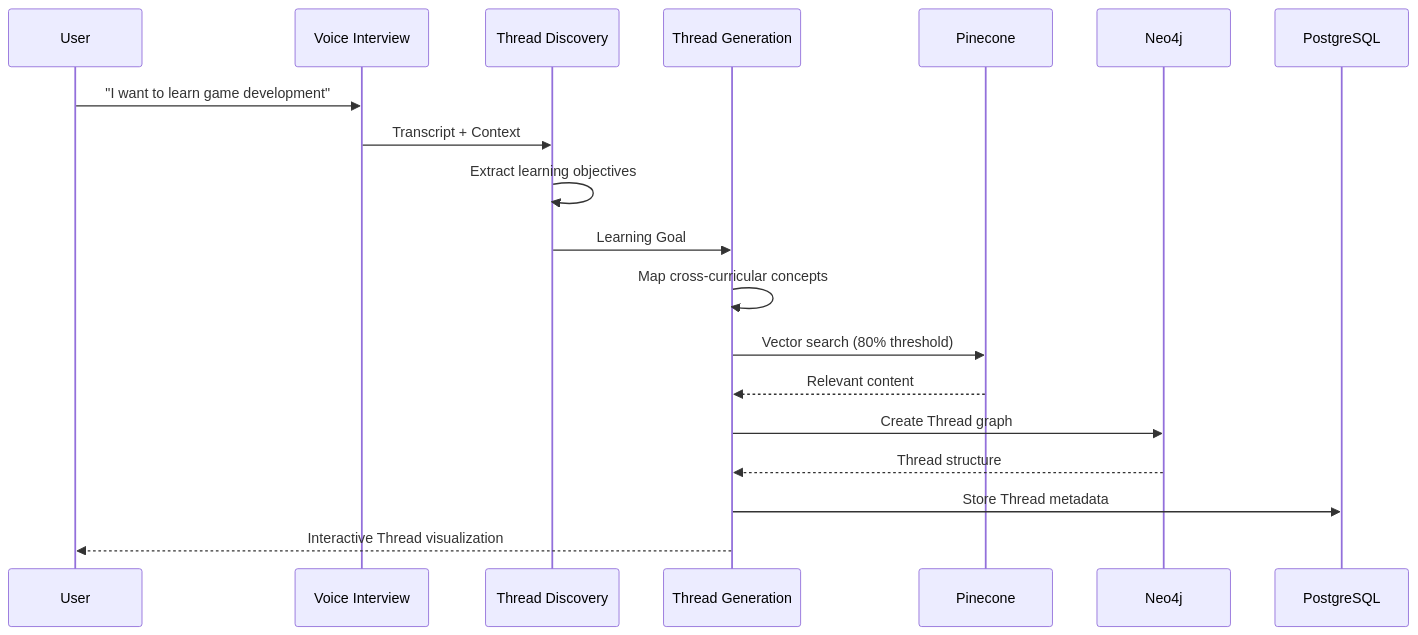
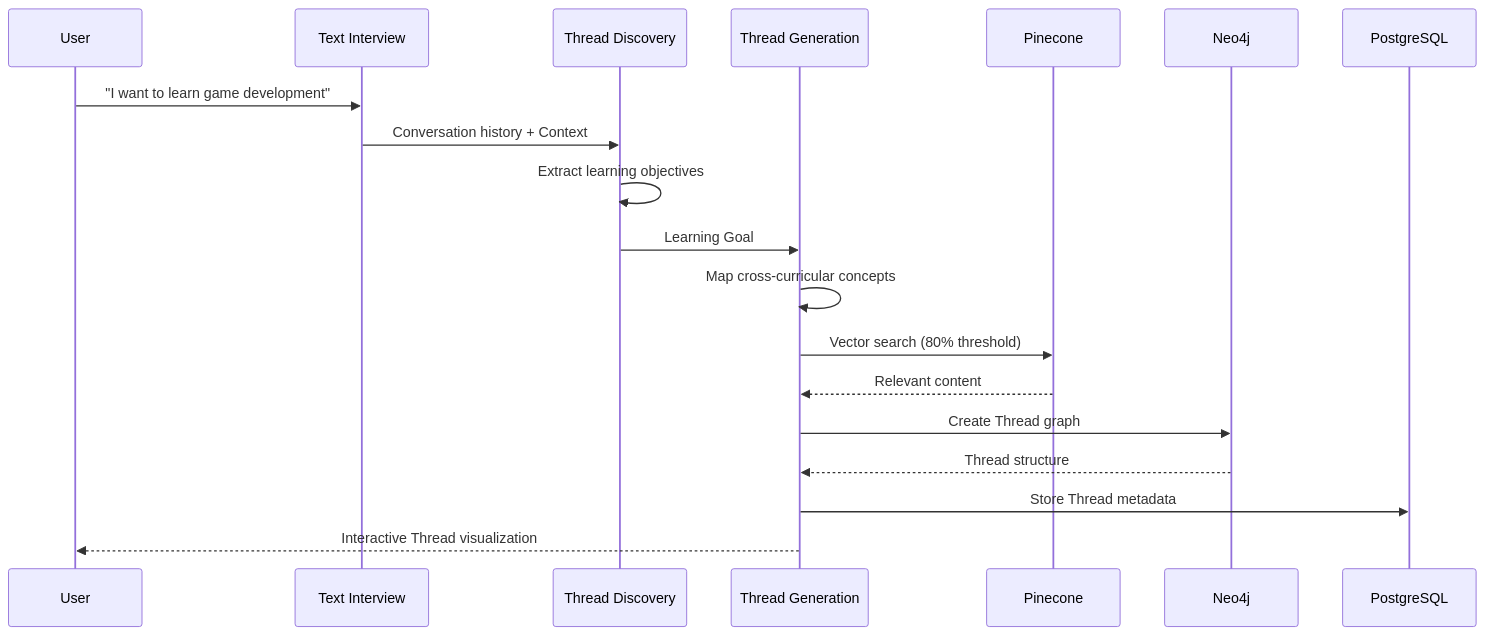
Before and after one commit to G2-Spool/spool-frontend: the second of 4 diagrams in docs/system_architecture_updated.md, drawn with Mermaid. The commit also changed other lines of this file and 12 other files, not shown here.

````diff
--- a/docs/system_architecture_updated.md
+++ b/docs/system_architecture_updated.md
@@ -224,22 +224,22 @@
 ```mermaid
 sequenceDiagram
     participant U as User
-    participant VI as Voice Interview
+    participant TI as Text Interview
     participant TD as Thread Discovery
     participant TG as Thread Generation
     participant P as Pinecone
     participant N as Neo4j
     participant DB as PostgreSQL
     
-    U->>VI: "I want to learn game development"
-    VI->>TD: Transcript + Context
+    U->>TI: "I want to learn game development"
+    TI->>TD: Conversation history + Context
     TD->>TD: Extract learning objectives
     TD->>TG: Learning Goal
     TG->>TG: Map cross-curricular concepts
     TG->>P: Vector search (80% threshold)
     P-->>TG: Relevant content
     TG->>N: Create Thread graph
     N-->>TG: Thread structure
     TG->>DB: Store Thread metadata
     TG-->>U: Interactive Thread visualization
 ```
````
